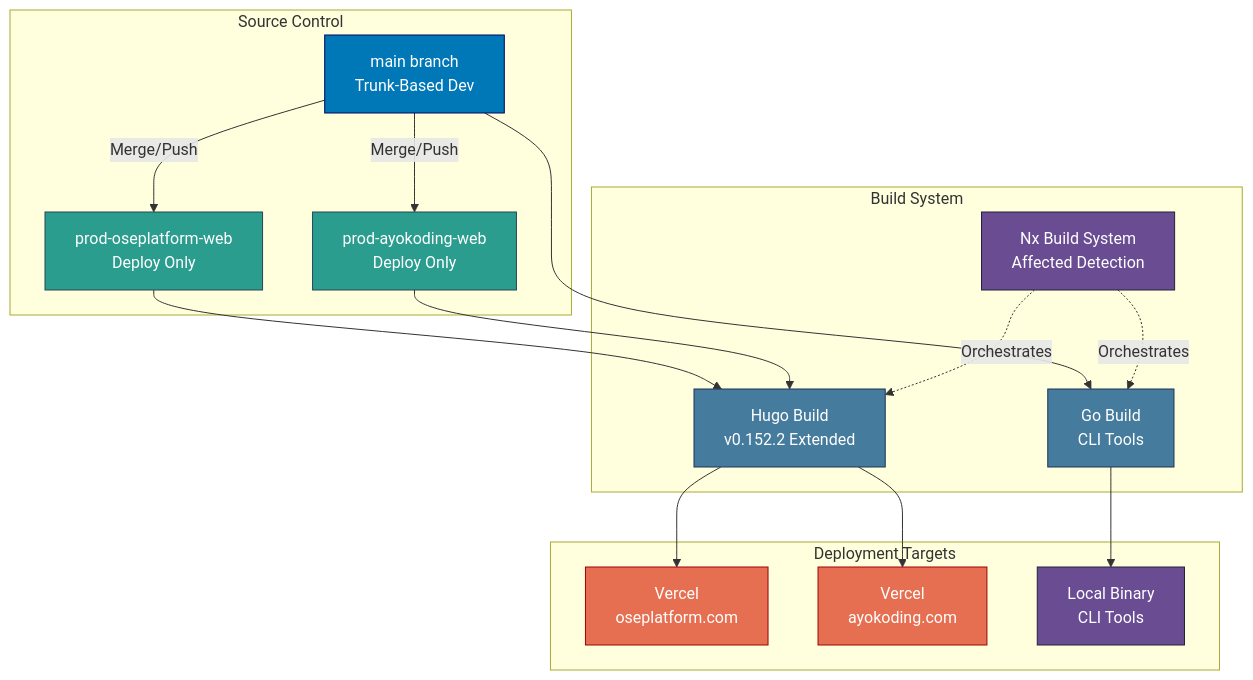
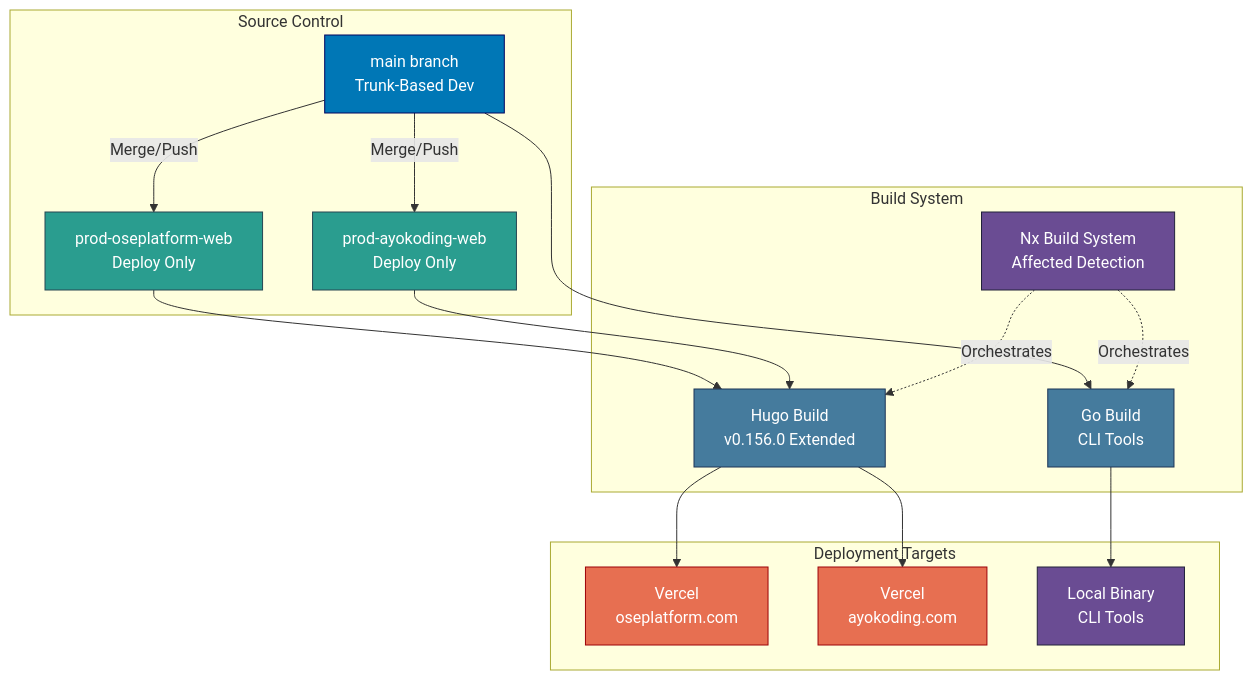
Diagram 11 of 13 in docs/reference/re__system-architecture.md (wahidyankf/open-sharia-enterprise), drawn with Mermaid before and after one commit. The commit also changed other lines of this file and 66 other files, not shown here.

````diff
--- a/docs/reference/re__system-architecture.md
+++ b/docs/reference/re__system-architecture.md
@@ -629,44 +629,44 @@
 ```mermaid
 graph TB
     subgraph "Source Control"
         MAIN[main branch<br/>Trunk-Based Dev]
         PROD_OSE[prod-oseplatform-web<br/>Deploy Only]
         PROD_AYO[prod-ayokoding-web<br/>Deploy Only]
     end
 
     subgraph "Build System"
         NX_BUILD[Nx Build System<br/>Affected Detection]
-        HUGO_BUILD[Hugo Build<br/>v0.152.2 Extended]
+        HUGO_BUILD[Hugo Build<br/>v0.156.0 Extended]
         GO_BUILD[Go Build<br/>CLI Tools]
     end
 
     subgraph "Deployment Targets"
         VERCEL_OSE[Vercel<br/>oseplatform.com]
         VERCEL_AYO[Vercel<br/>ayokoding.com]
         LOCAL[Local Binary<br/>CLI Tools]
     end
 
     MAIN -->|Merge/Push| PROD_OSE
     MAIN -->|Merge/Push| PROD_AYO
 
     PROD_OSE --> HUGO_BUILD
     PROD_AYO --> HUGO_BUILD
     MAIN --> GO_BUILD
 
     HUGO_BUILD --> VERCEL_OSE
     HUGO_BUILD --> VERCEL_AYO
     GO_BUILD --> LOCAL
 
     NX_BUILD -.->|Orchestrates| HUGO_BUILD
     NX_BUILD -.->|Orchestrates| GO_BUILD
 
     style MAIN fill:#0077b6,stroke:#03045e,color:#ffffff
     style PROD_OSE fill:#2a9d8f,stroke:#264653,color:#ffffff
     style PROD_AYO fill:#2a9d8f,stroke:#264653,color:#ffffff
     style NX_BUILD fill:#6a4c93,stroke:#22223b,color:#ffffff
     style HUGO_BUILD fill:#457b9d,stroke:#1d3557,color:#ffffff
     style GO_BUILD fill:#457b9d,stroke:#1d3557,color:#ffffff
     style VERCEL_OSE fill:#e76f51,stroke:#9d0208,color:#ffffff
     style VERCEL_AYO fill:#e76f51,stroke:#9d0208,color:#ffffff
     style LOCAL fill:#6a4c93,stroke:#22223b,color:#ffffff
 ```
````
